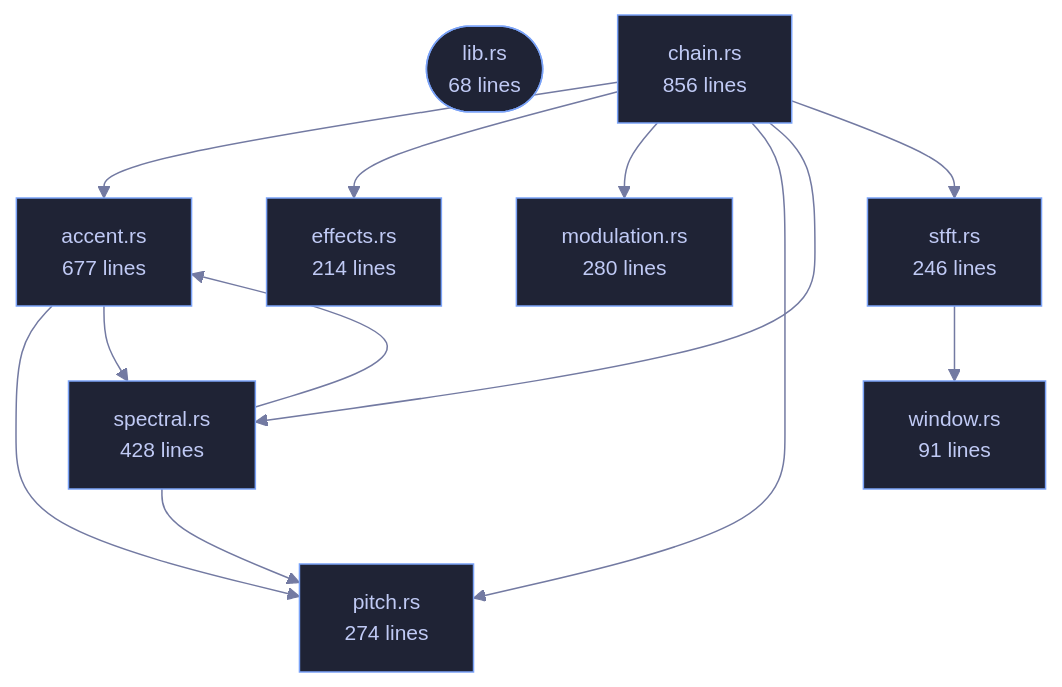
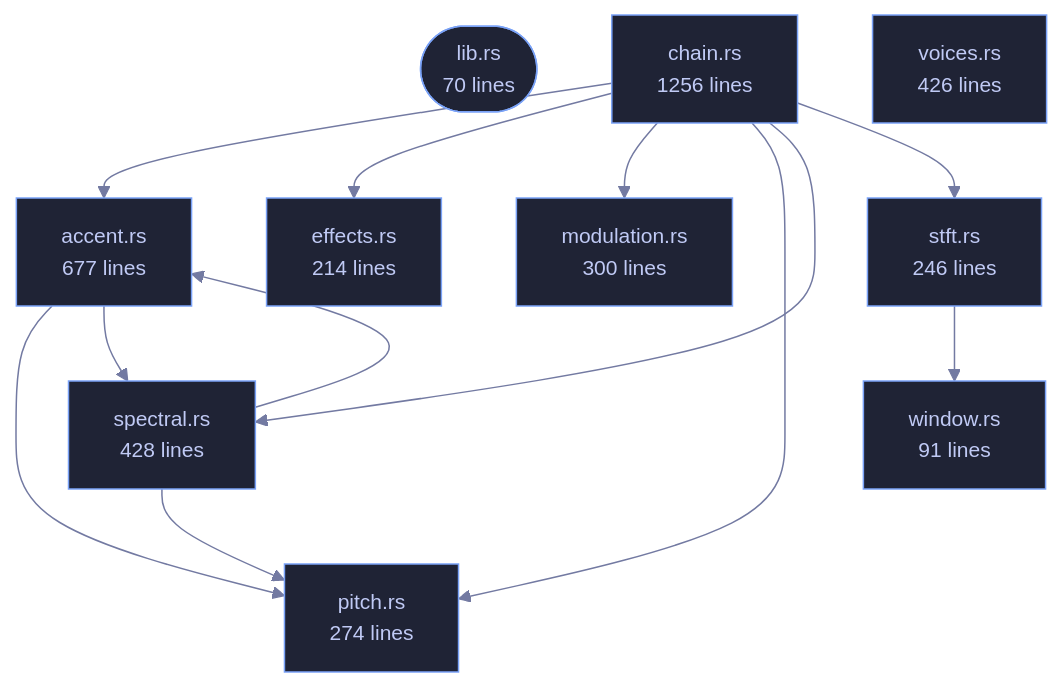
Before and after one commit to tilas01/veilvoice: the diagram in crates/veilvoice-core/README.md, drawn with Mermaid. The commit also changed other lines of this file and 24 other files, not shown here.

First line of the commit message:
core: ten destination voices, and a roll interval that admits what it is

````diff
--- a/crates/veilvoice-core/README.md
+++ b/crates/veilvoice-core/README.md
@@ -81,33 +81,35 @@
 ```mermaid
 %%{init: {"theme":"base","themeVariables":{"background":"#1a1b26","primaryColor":"#1f2335","primaryTextColor":"#c0caf5","primaryBorderColor":"#7aa2f7","secondaryColor":"#16161e","tertiaryColor":"#16161e","lineColor":"#737aa2","textColor":"#c0caf5","mainBkg":"#1f2335","nodeBorder":"#7aa2f7","clusterBkg":"#16161e","clusterBorder":"#2f3549","fontFamily":"ui-monospace, SFMono-Regular, Consolas, monospace","fontSize":"14px"}}}%%
 flowchart TD
-    n_lib(["lib.rs<br/>68 lines"])
+    n_lib(["lib.rs<br/>70 lines"])
     n_accent["accent.rs<br/>677 lines"]
-    n_chain["chain.rs<br/>856 lines"]
+    n_chain["chain.rs<br/>1256 lines"]
     n_effects["effects.rs<br/>214 lines"]
-    n_modulation["modulation.rs<br/>280 lines"]
+    n_modulation["modulation.rs<br/>300 lines"]
     n_pitch["pitch.rs<br/>274 lines"]
     n_spectral["spectral.rs<br/>428 lines"]
     n_stft["stft.rs<br/>246 lines"]
+    n_voices["voices.rs<br/>426 lines"]
     n_window["window.rs<br/>91 lines"]
     n_accent --> n_pitch
     n_accent --> n_spectral
     n_chain --> n_accent
     n_chain --> n_effects
     n_chain --> n_modulation
     n_chain --> n_pitch
     n_chain --> n_spectral
     n_chain --> n_stft
     n_spectral --> n_accent
     n_spectral --> n_pitch
     n_stft --> n_window
     click n_lib href "https://github.com/tilas01/veilvoice/blob/main/crates/veilvoice-core/src/lib.rs" "open the source"
     click n_accent href "https://github.com/tilas01/veilvoice/blob/main/crates/veilvoice-core/src/accent.rs" "open the source"
     click n_chain href "https://github.com/tilas01/veilvoice/blob/main/crates/veilvoice-core/src/chain.rs" "open the source"
     click n_effects href "https://github.com/tilas01/veilvoice/blob/main/crates/veilvoice-core/src/effects.rs" "open the source"
     click n_modulation href "https://github.com/tilas01/veilvoice/blob/main/crates/veilvoice-core/src/modulation.rs" "open the source"
     click n_pitch href "https://github.com/tilas01/veilvoice/blob/main/crates/veilvoice-core/src/pitch.rs" "open the source"
     click n_spectral href "https://github.com/tilas01/veilvoice/blob/main/crates/veilvoice-core/src/spectral.rs" "open the source"
     click n_stft href "https://github.com/tilas01/veilvoice/blob/main/crates/veilvoice-core/src/stft.rs" "open the source"
+    click n_voices href "https://github.com/tilas01/veilvoice/blob/main/crates/veilvoice-core/src/voices.rs" "open the source"
     click n_window href "https://github.com/tilas01/veilvoice/blob/main/crates/veilvoice-core/src/window.rs" "open the source"
 ```
````
